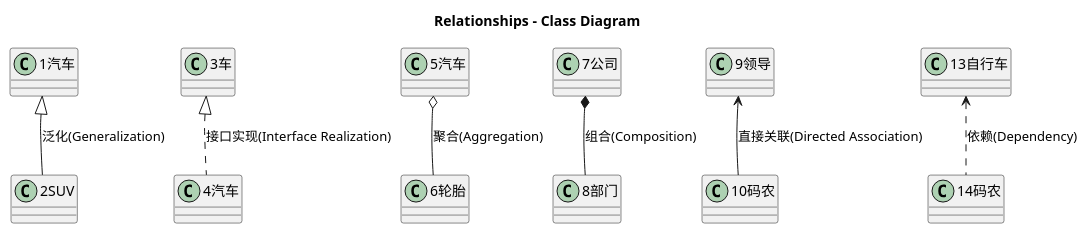
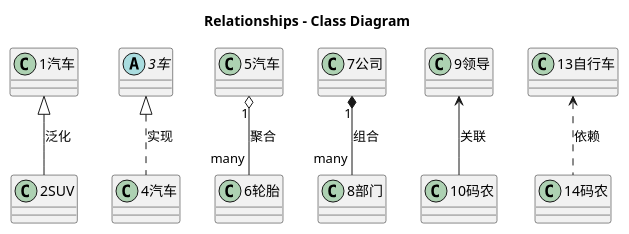
Before and after one commit to idmshawn/learning_notes: the second of 2 diagrams in sw_eng/uml.md, drawn with PlantUML. The commit also changed other lines of this file, not shown here.

Commit message:
Update uml.md
up

````diff
--- a/sw_eng/uml.md
+++ b/sw_eng/uml.md
@@ -84,24 +84,26 @@
 ```plantuml
+@startuml
 title Relationships - Class Diagram
 
 class 1汽车
 class 2SUV
-class 3车
+abstract class 3车
 class 4汽车
 class 5汽车
 class 6轮胎
 class 7公司
 class 8部门
 class 9领导
 class 10码农
 class 13自行车
 class 14码农
 
-1汽车 <|-- 2SUV: 泛化(Generalization)
-3车 <|.. 4汽车: 接口实现(Interface Realization)
-5汽车 o-- 6轮胎: 聚合(Aggregation)
-7公司 *-- 8部门: 组合(Composition)
-9领导 <-- 10码农: 直接关联(Directed Association)
-13自行车 <.. 14码农: 依赖(Dependency)
+1汽车 <|-- 2SUV: 泛化
+3车 <|.. 4汽车: 实现
+5汽车 "1" o-- "many" 6轮胎: 聚合
+7公司 "1" *-- "many" 8部门: 组合
+9领导 <-- 10码农: 关联
+13自行车 <.. 14码农: 依赖
+@enduml
 
 ```
````
